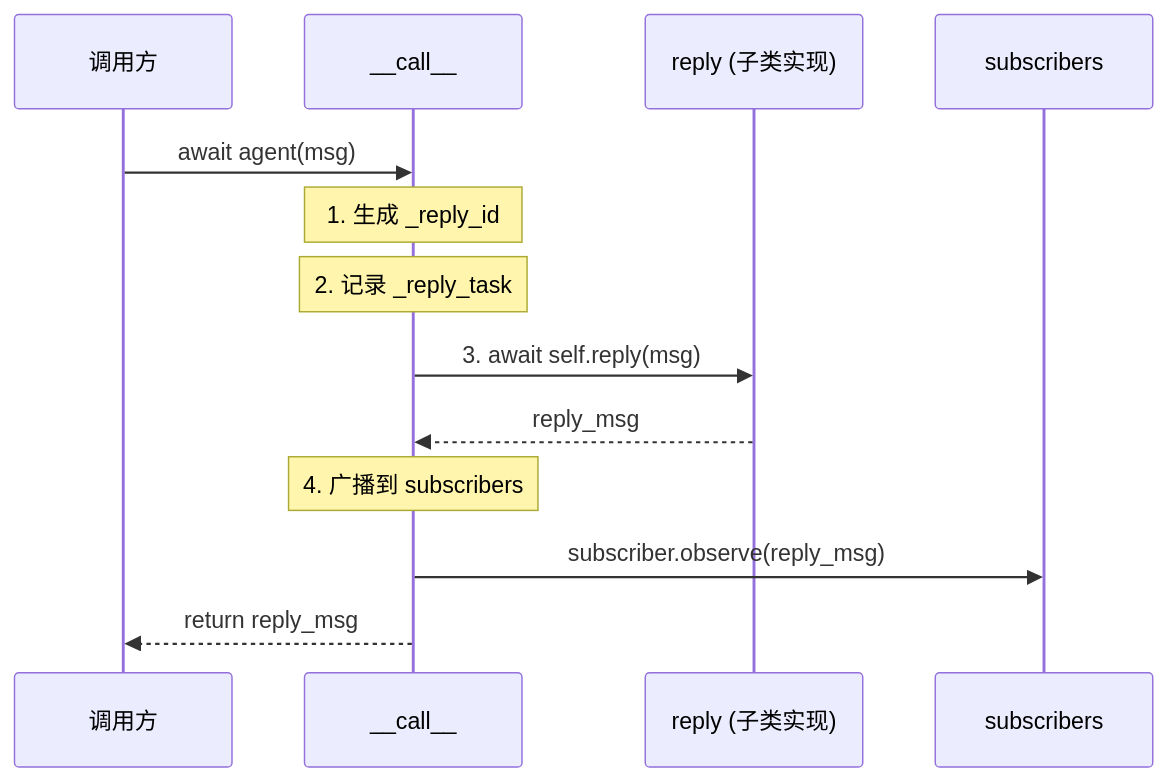
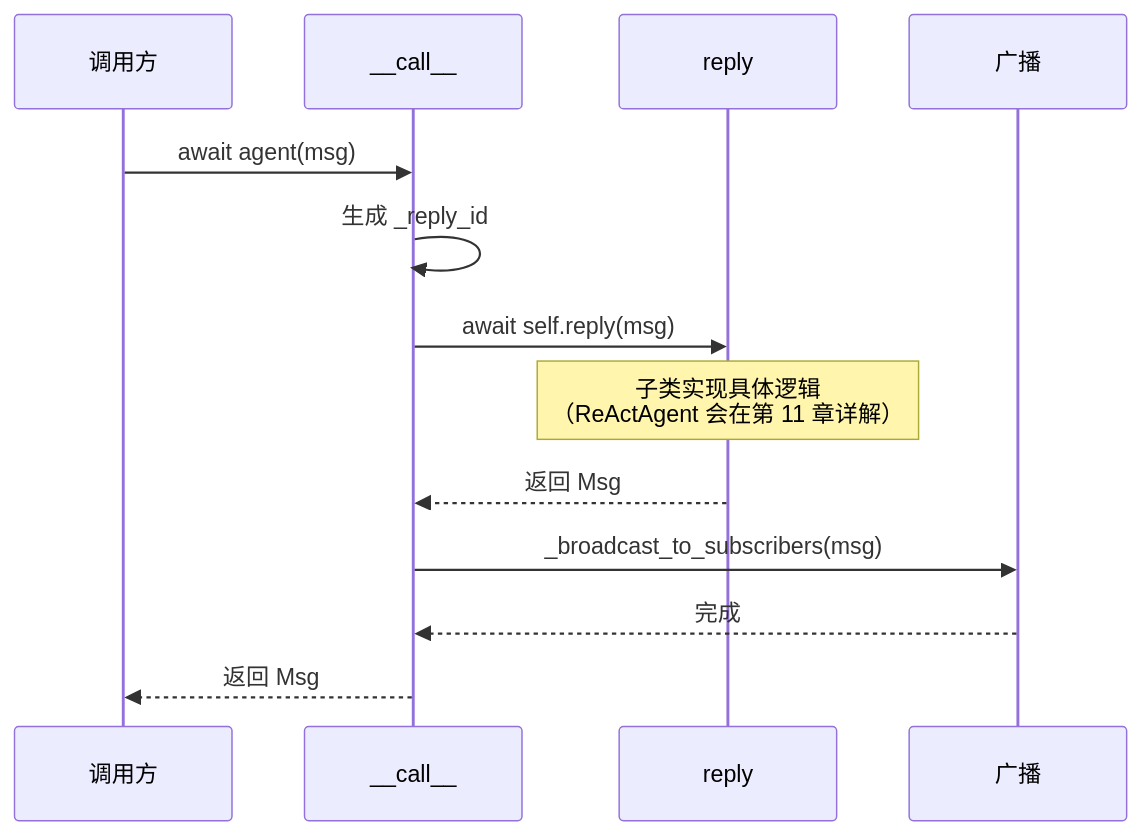
One commit to agentscope-ai/agentscope changed the second of 3 diagrams in teaching/book/volume-1-journey/ch05-agent-receives.md. Above: the diagram before and after it, drawn with Mermaid. The commit also changed other lines of this file, not shown here.

First line of the commit message:
docs: write ch05 - Agent receives message (Station 2)

````diff
--- a/teaching/book/volume-1-journey/ch05-agent-receives.md
+++ b/teaching/book/volume-1-journey/ch05-agent-receives.md
@@ -180,16 +111,16 @@
 ```mermaid
 sequenceDiagram
-    participant Caller as 调用方
-    participant Call as __call__
-    participant Reply as reply (子类实现)
-    participant Subs as subscribers
+    participant 调用方
+    participant __call__
+    participant reply
+    participant 广播
 
-    Caller->>Call: await agent(msg)
-    Note over Call: 1. 生成 _reply_id
-    Note over Call: 2. 记录 _reply_task
-    Call->>Reply: 3. await self.reply(msg)
-    Reply-->>Call: reply_msg
-    Note over Call: 4. 广播到 subscribers
-    Call->>Subs: subscriber.observe(reply_msg)
-    Call-->>Caller: return reply_msg
+    调用方->>__call__: await agent(msg)
+    __call__->>__call__: 生成 _reply_id
+    __call__->>reply: await self.reply(msg)
+    Note over reply: 子类实现具体逻辑<br/>（ReActAgent 会在第 11 章详解）
+    reply-->>__call__: 返回 Msg
+    __call__->>广播: _broadcast_to_subscribers(msg)
+    广播-->>__call__: 完成
+    __call__-->>调用方: 返回 Msg
 ```
````
